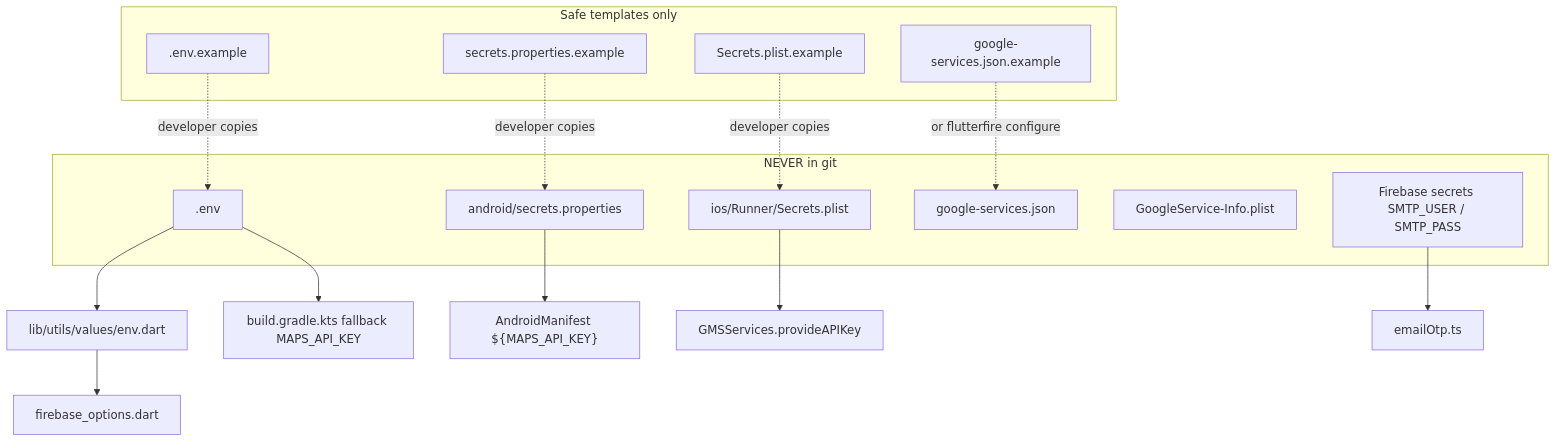
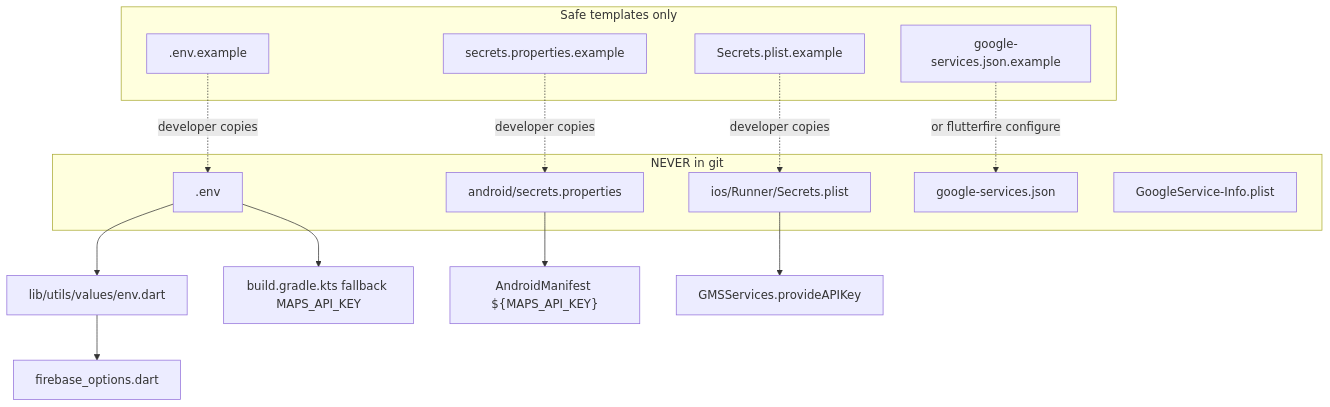
The fourth of 12 diagrams in README.md (codecrafteryt/paanipe), drawn with Mermaid before and after one commit. The commit also changed other lines of this file and 17 other files, not shown here.

First line of the commit message:
feat: switch auth to Email/Password + Google on Firebase

````diff
--- a/README.md
+++ b/README.md
@@ -163,30 +163,28 @@
 ```mermaid
 flowchart TB
   subgraph NeverGit["NEVER in git"]
     ENV[".env"]
     ASP["android/secrets.properties"]
     ISP["ios/Runner/Secrets.plist"]
     GSJ["google-services.json"]
     GSI["GoogleService-Info.plist"]
-    SMTP["Firebase secrets SMTP_USER / SMTP_PASS"]
   end
 
   subgraph InGit["Safe templates only"]
     ENVE[".env.example"]
     ASPE["secrets.properties.example"]
     ISPE["Secrets.plist.example"]
     GSJE["google-services.json.example"]
   end
 
   ENVE -.->|developer copies| ENV
   ASPE -.->|developer copies| ASP
   ISPE -.->|developer copies| ISP
   GSJE -.->|or flutterfire configure| GSJ
 
   ENV --> Dart["lib/utils/values/env.dart"]
   ENV --> Gradle["build.gradle.kts fallback MAPS_API_KEY"]
   ASP --> Manifest["AndroidManifest ${MAPS_API_KEY}"]
   ISP --> AppDelegate["GMSServices.provideAPIKey"]
   Dart --> FirebaseOpts["firebase_options.dart"]
-  SMTP --> Functions["emailOtp.ts"]
 ```
````
